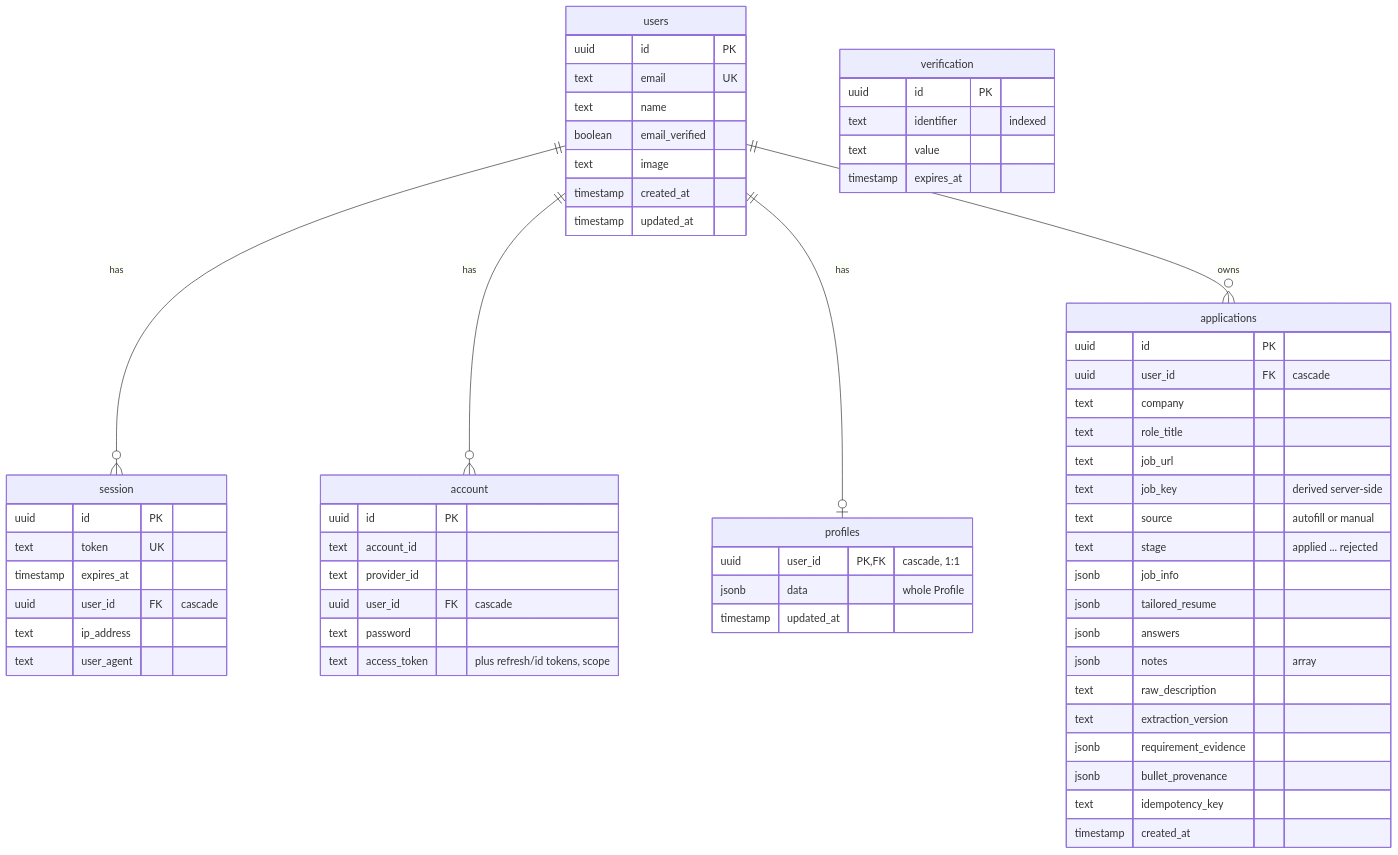
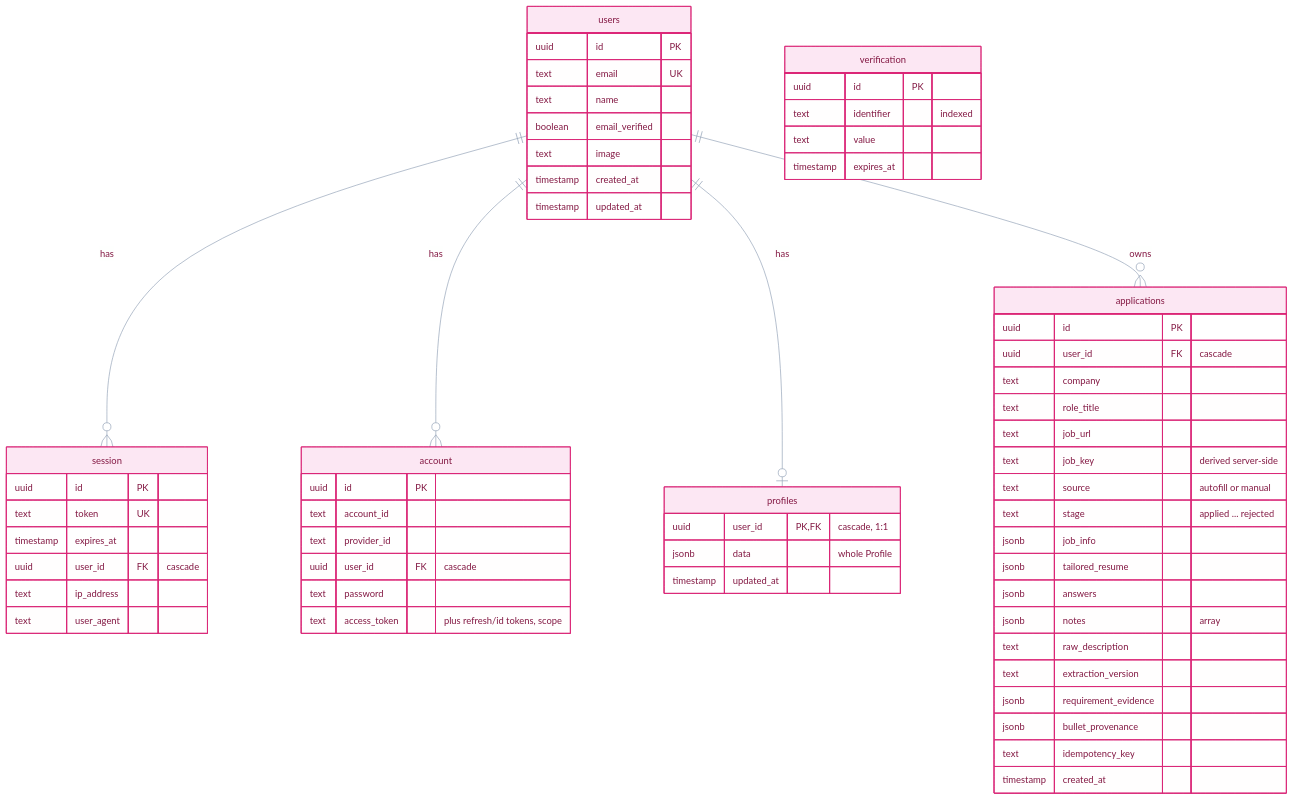
Before and after one commit to Akhtam/djobi: the second of 2 diagrams in apps/backend/README.md, drawn with Mermaid. The commit also changed other lines of this file and 6 other files, not shown here.

````diff
--- a/apps/backend/README.md
+++ b/apps/backend/README.md
@@ -82,64 +122,78 @@
 ```mermaid
+---
+config:
+  theme: base
+  themeVariables:
+    fontFamily: "-apple-system, BlinkMacSystemFont, Segoe UI, Helvetica, Arial, sans-serif"
+    fontSize: "14px"
+    primaryColor: "#fce7f3"
+    primaryBorderColor: "#db2777"
+    primaryTextColor: "#831843"
+    textColor: "#334155"
+    lineColor: "#94a3b8"
+    attributeBackgroundColorOdd: "#ffffff"
+    attributeBackgroundColorEven: "#fdf2f8"
+---
 erDiagram
   users ||--o{ session : has
   users ||--o{ account : has
   users ||--o| profiles : has
   users ||--o{ applications : owns
 
   users {
     uuid id PK
     text email UK
     text name
     boolean email_verified
     text image
     timestamp created_at
     timestamp updated_at
   }
   session {
     uuid id PK
     text token UK
     timestamp expires_at
     uuid user_id FK "cascade"
     text ip_address
     text user_agent
   }
   account {
     uuid id PK
     text account_id
     text provider_id
     uuid user_id FK "cascade"
     text password
     text access_token "plus refresh/id tokens, scope"
   }
   verification {
     uuid id PK
     text identifier "indexed"
     text value
     timestamp expires_at
   }
   profiles {
     uuid user_id PK, FK "cascade, 1:1"
     jsonb data "whole Profile"
     timestamp updated_at
   }
   applications {
     uuid id PK
     uuid user_id FK "cascade"
     text company
     text role_title
     text job_url
     text job_key "derived server-side"
     text source "autofill or manual"
     text stage "applied ... rejected"
     jsonb job_info
     jsonb tailored_resume
     jsonb answers
     jsonb notes "array"
     text raw_description
     text extraction_version
     jsonb requirement_evidence
     jsonb bullet_provenance
     text idempotency_key
     timestamp created_at
   }
 ```
````
